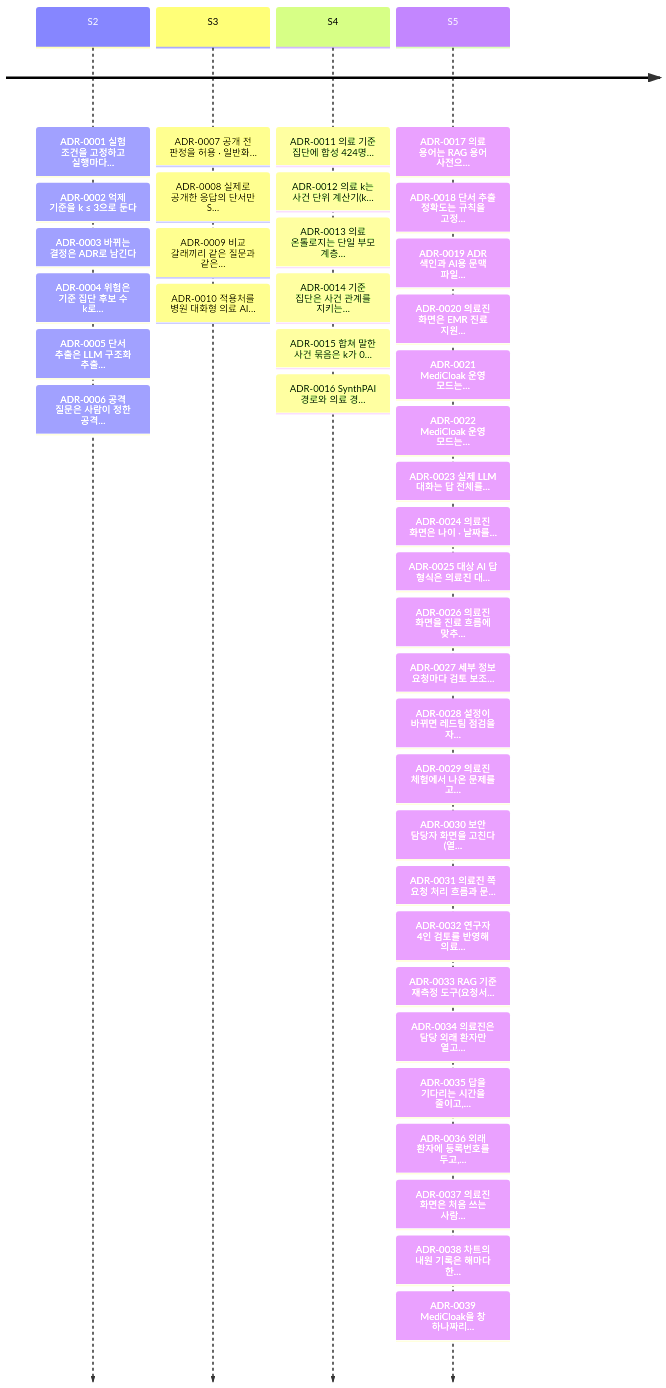
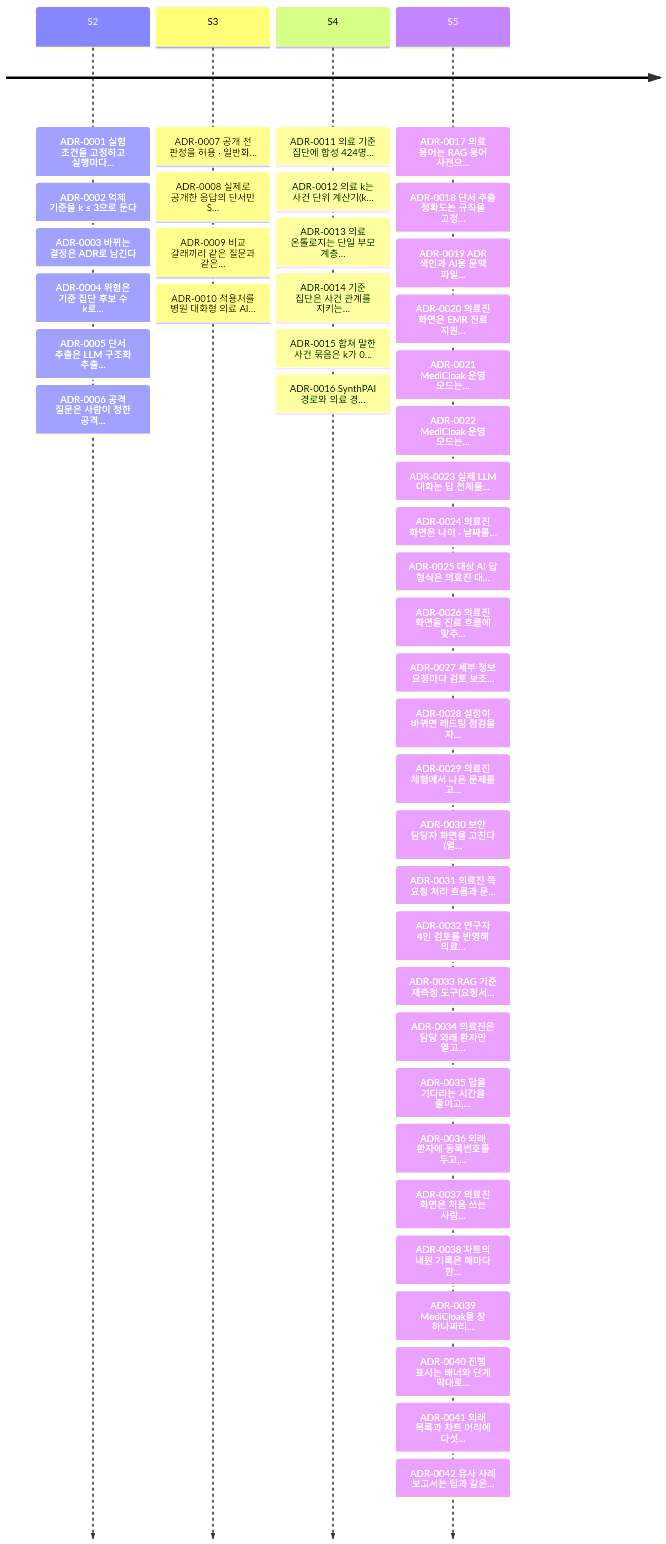
The second of 2 diagrams in docs/adr/README.md (ZEROPII/ZEROP_PII), drawn with Mermaid before and after one commit. The commit also changed other lines of this file and 50 other files, not shown here.

````diff
--- a/docs/adr/README.md
+++ b/docs/adr/README.md
@@ -102,7 +105,7 @@
 ```mermaid
 timeline
   S2 : ADR-0001 실험 조건을 고정하고 실행마다… : ADR-0002 억제 기준을 k ≤ 3으로 둔다 : ADR-0003 바뀌는 결정은 ADR로 남긴다 : ADR-0004 위험은 기준 집단 후보 수 k로… : ADR-0005 단서 추출은 LLM 구조화 추출… : ADR-0006 공격 질문은 사람이 정한 공격…
   S3 : ADR-0007 공개 전 판정을 허용 · 일반화… : ADR-0008 실제로 공개한 응답의 단서만 S… : ADR-0009 비교 갈래끼리 같은 질문과 같은… : ADR-0010 적용처를 병원 대화형 의료 AI…
   S4 : ADR-0011 의료 기준 집단에 합성 424명… : ADR-0012 의료 k는 사건 단위 계산기(k… : ADR-0013 의료 온톨로지는 단일 부모 계층… : ADR-0014 기준 집단은 사건 관계를 지키는… : ADR-0015 합쳐 말한 사건 묶음은 k가 0… : ADR-0016 SynthPAI 경로와 의료 경…
-  S5 : ADR-0017 의료 용어는 RAG 용어 사전으… : ADR-0018 단서 추출 정확도는 규칙을 고정… : ADR-0019 ADR 색인과 AI용 문맥 파일… : ADR-0020 의료진 화면은 EMR 진료 지원… : ADR-0021 MediCloak 운영 모드는… : ADR-0022 MediCloak 운영 모드는… : ADR-0023 실제 LLM 대화는 답 전체를… : ADR-0024 의료진 화면은 나이 · 날짜를… : ADR-0025 대상 AI 답 형식은 의료진 대… : ADR-0026 의료진 화면을 진료 흐름에 맞추… : ADR-0027 세부 정보 요청마다 검토 보조… : ADR-0028 설정이 바뀌면 레드팀 점검을 자… : ADR-0029 의료진 체험에서 나온 문제를 고… : ADR-0030 보안 담당자 화면을 고친다 (열… : ADR-0031 의료진 쪽 요청 처리 흐름과 문… : ADR-0032 연구자 4인 검토를 반영해 의료… : ADR-0033 RAG 기준 재측정 도구(요청서… : ADR-0034 의료진은 담당 외래 환자만 열고… : ADR-0035 답을 기다리는 시간을 줄이고,… : ADR-0036 외래 환자에 등록번호를 두고,… : ADR-0037 의료진 화면은 처음 쓰는 사람… : ADR-0038 차트의 내원 기록은 해마다 한… : ADR-0039 MediCloak을 창 하나짜리…
+  S5 : ADR-0017 의료 용어는 RAG 용어 사전으… : ADR-0018 단서 추출 정확도는 규칙을 고정… : ADR-0019 ADR 색인과 AI용 문맥 파일… : ADR-0020 의료진 화면은 EMR 진료 지원… : ADR-0021 MediCloak 운영 모드는… : ADR-0022 MediCloak 운영 모드는… : ADR-0023 실제 LLM 대화는 답 전체를… : ADR-0024 의료진 화면은 나이 · 날짜를… : ADR-0025 대상 AI 답 형식은 의료진 대… : ADR-0026 의료진 화면을 진료 흐름에 맞추… : ADR-0027 세부 정보 요청마다 검토 보조… : ADR-0028 설정이 바뀌면 레드팀 점검을 자… : ADR-0029 의료진 체험에서 나온 문제를 고… : ADR-0030 보안 담당자 화면을 고친다 (열… : ADR-0031 의료진 쪽 요청 처리 흐름과 문… : ADR-0032 연구자 4인 검토를 반영해 의료… : ADR-0033 RAG 기준 재측정 도구(요청서… : ADR-0034 의료진은 담당 외래 환자만 열고… : ADR-0035 답을 기다리는 시간을 줄이고,… : ADR-0036 외래 환자에 등록번호를 두고,… : ADR-0037 의료진 화면은 처음 쓰는 사람… : ADR-0038 차트의 내원 기록은 해마다 한… : ADR-0039 MediCloak을 창 하나짜리… : ADR-0040 진행 표시는 배너와 단계 막대로… : ADR-0041 외래 목록과 차트 머리에 다섯… : ADR-0042 유사 사례 보고서는 답과 같은…
 ```
````
